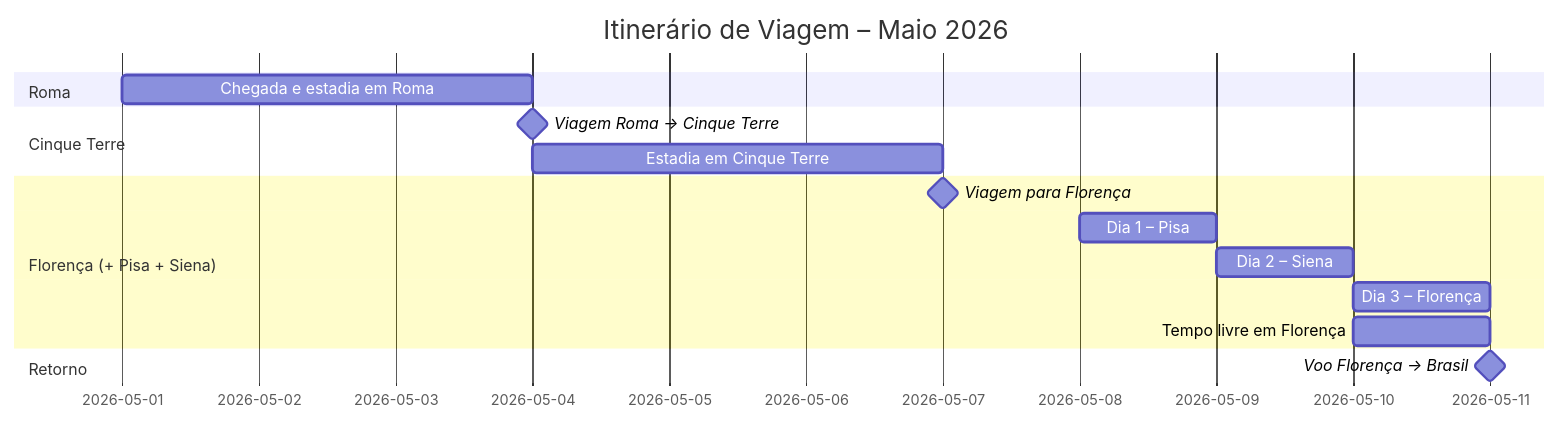
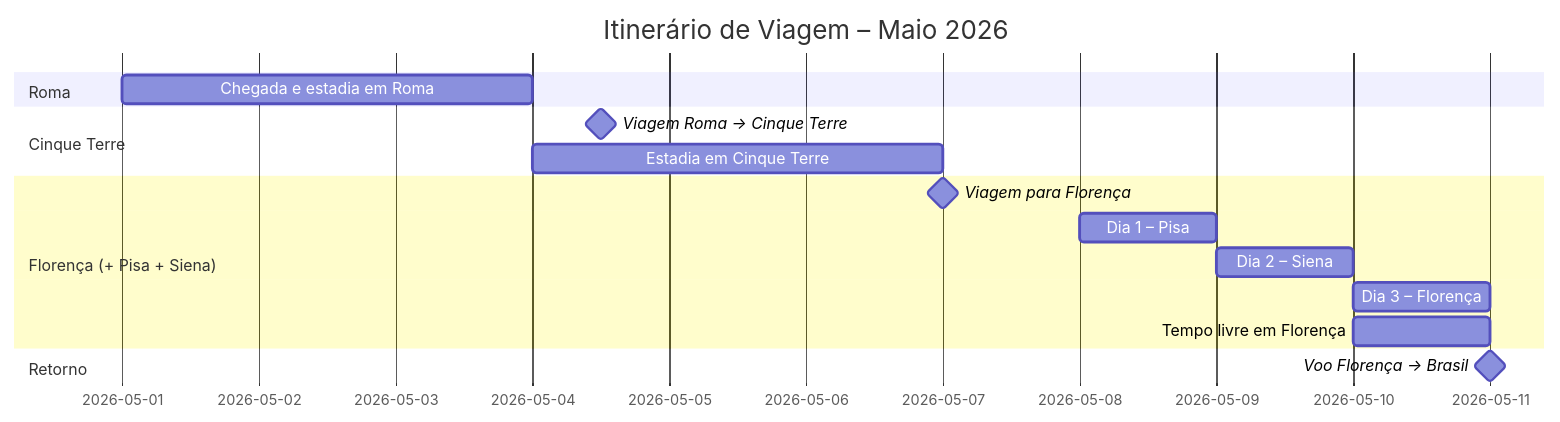
One commit to paulovcastagnari/planejamento-viagem-2026 changed the first of 2 diagrams in README.md. Above: the diagram before and after it, drawn with Mermaid.

````diff
--- a/README.md
+++ b/README.md
@@ -21,22 +21,22 @@
 ```mermaid
 gantt
     dateFormat  YYYY-MM-DD
     title Itinerário de Viagem – Maio 2026
 
     section Roma
-    Chegada e estadia em Roma     :2026-05-01, 3d
+    Chegada e estadia em Roma     :2026-05-01, 2.5d
 
     section Cinque Terre
-    Viagem Roma → Cinque Terre   :milestone, ct_arrive, 2026-05-04, 0d
-    Estadia em Cinque Terre      :2026-05-04, 3d
+    Viagem Roma → Cinque Terre   :milestone, ct_arrive, 2026-05-04, 0.5d
+    Estadia em Cinque Terre      :2026-05-04, 2.5d
 
     section Florença (+ Pisa + Siena)
     Viagem para Florença         :milestone, fl_arrive, 2026-05-07, 0d
     Dia 1 – Pisa                 :2026-05-08, 1d
     Dia 2 – Siena                :2026-05-09, 1d
     Dia 3 – Florença             :2026-05-10, 1d
     Tempo livre em Florença      :2026-05-10, 1d
 
     section Retorno
     Voo Florença → Brasil        :milestone, return_bra, 2026-05-11, 0d
 ```
````
